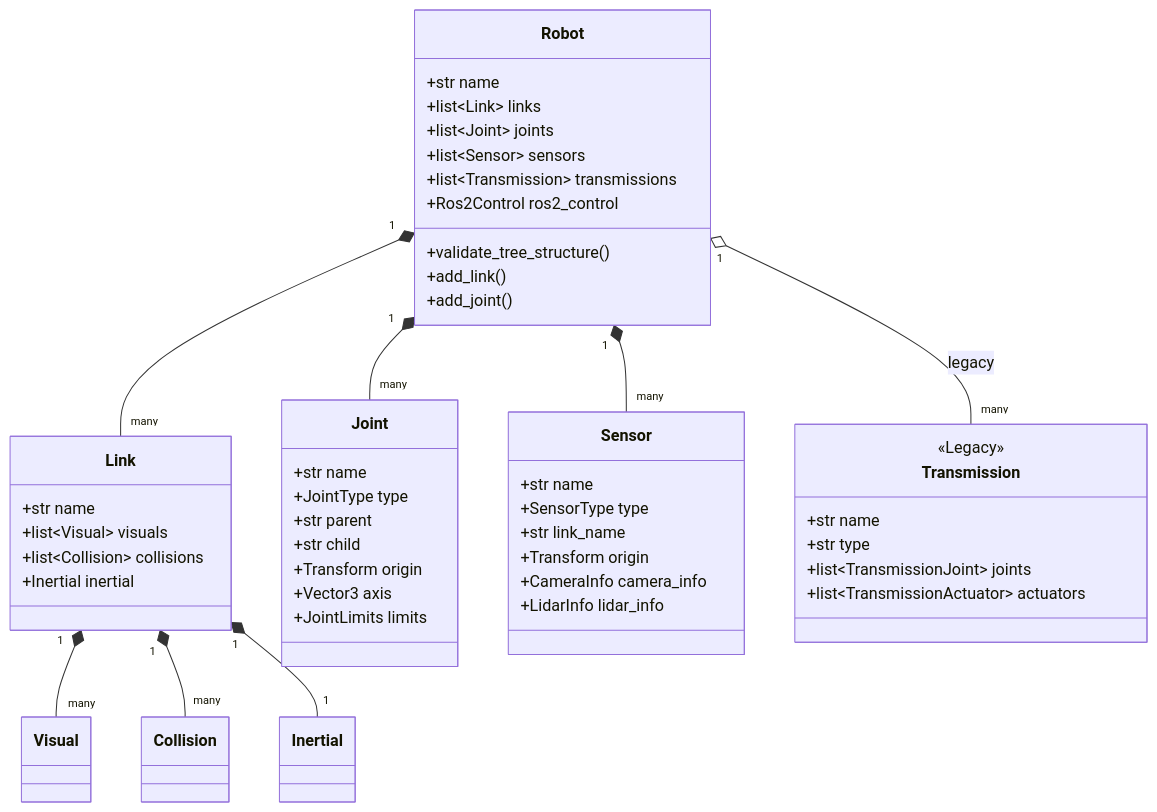
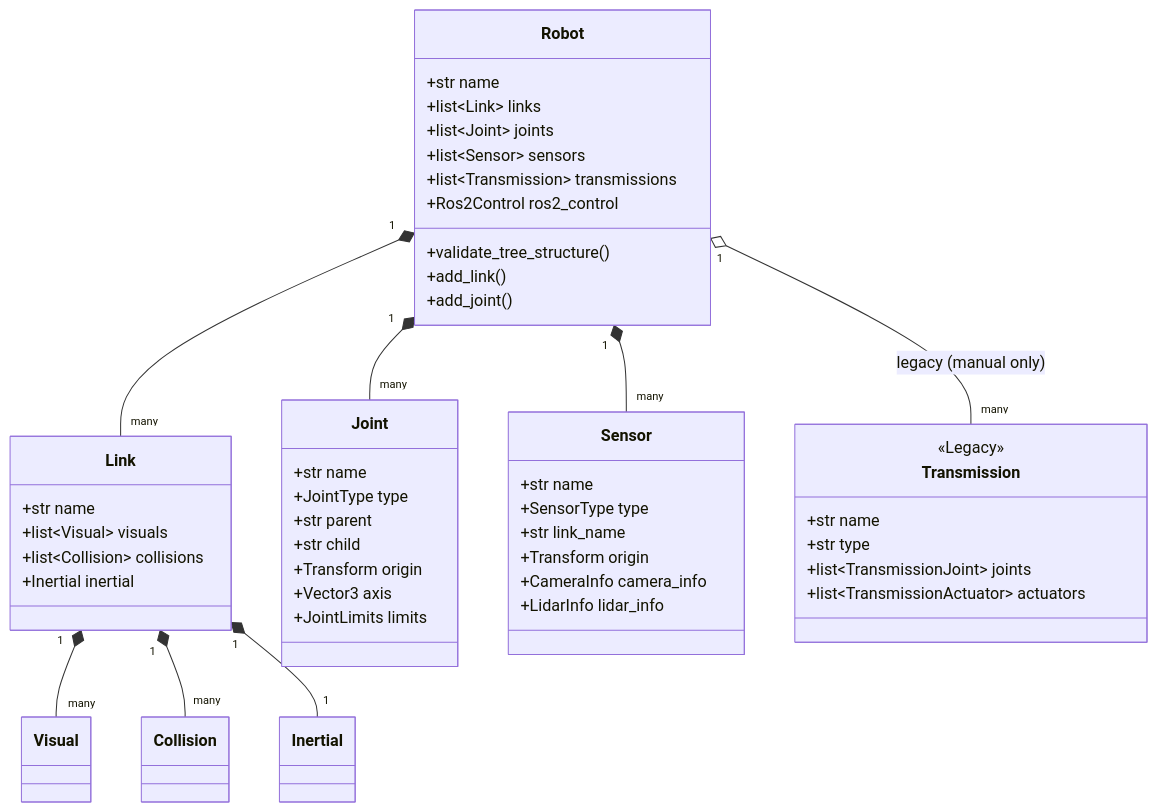
The sixth of 8 diagrams in ARCHITECTURE.md (arounamounchili/linkforge), drawn with Mermaid before and after one commit. The commit also changed other lines of this file and 14 other files, not shown here.

````diff
--- a/ARCHITECTURE.md
+++ b/ARCHITECTURE.md
@@ -202,56 +202,56 @@
 ```mermaid
 classDiagram
     class Robot {
         +str name
         +list~Link~ links
         +list~Joint~ joints
         +list~Sensor~ sensors
         +list~Transmission~ transmissions
         +Ros2Control ros2_control
         +validate_tree_structure()
         +add_link()
         +add_joint()
     }
 
     class Link {
         +str name
         +list~Visual~ visuals
         +list~Collision~ collisions
         +Inertial inertial
     }
 
     class Joint {
         +str name
         +JointType type
         +str parent
         +str child
         +Transform origin
         +Vector3 axis
         +JointLimits limits
     }
 
     class Sensor {
         +str name
         +SensorType type
         +str link_name
         +Transform origin
         +CameraInfo camera_info
         +LidarInfo lidar_info
     }
 
     class Transmission {
         <<Legacy>>
         +str name
         +str type
         +list~TransmissionJoint~ joints
         +list~TransmissionActuator~ actuators
     }
 
     Robot "1" *-- "many" Link
     Robot "1" *-- "many" Joint
     Robot "1" *-- "many" Sensor
-    Robot "1" o-- "many" Transmission : legacy
+    Robot "1" o-- "many" Transmission : legacy (manual only)
     Link "1" *-- "many" Visual
     Link "1" *-- "many" Collision
     Link "1" *-- "1" Inertial
 ```
````
